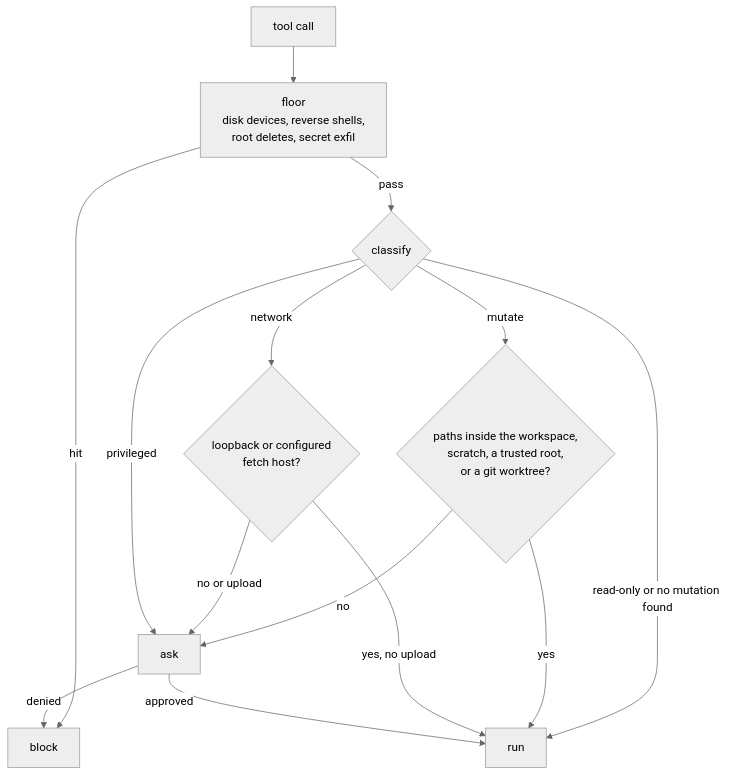
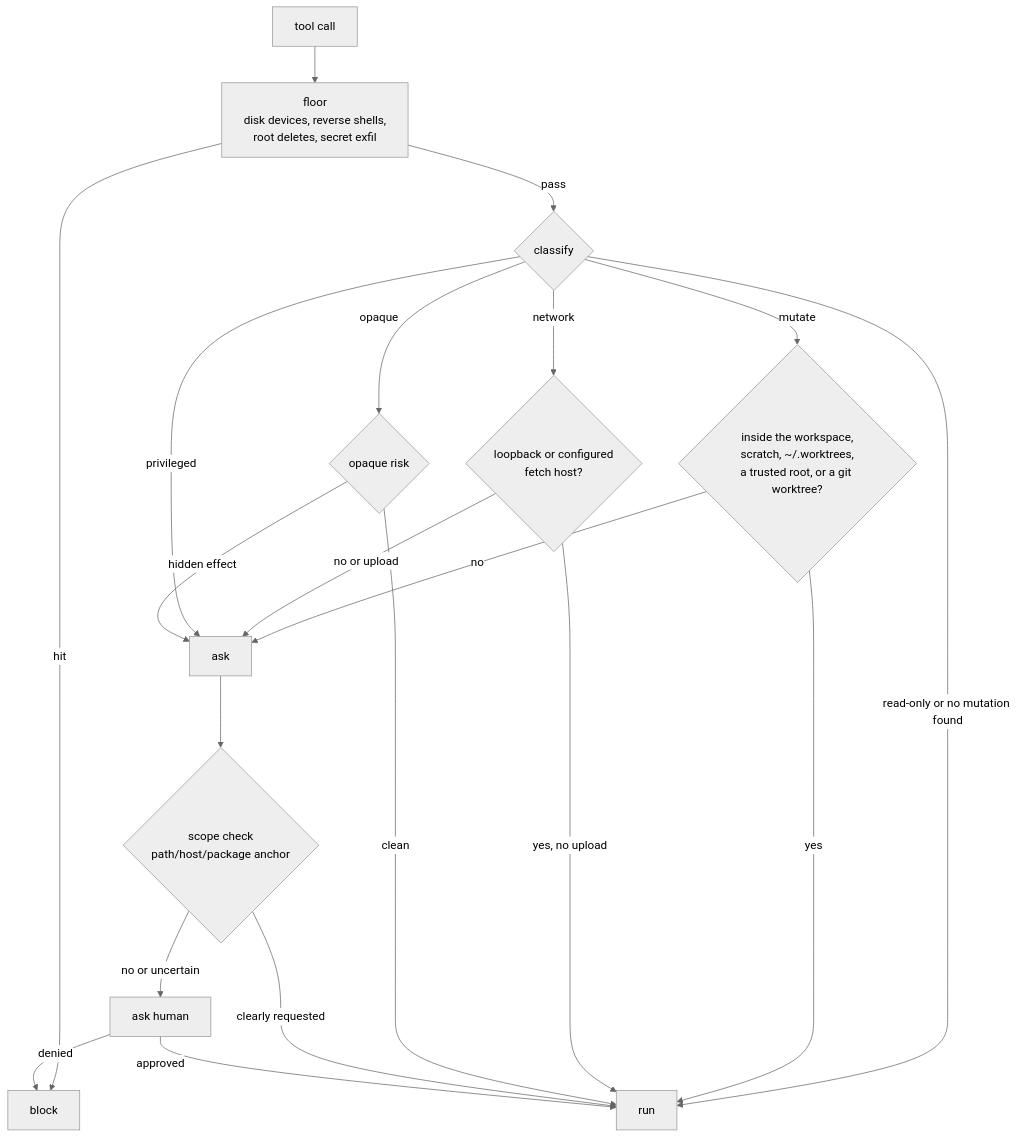
One commit to dylanhhu/pi-goodies changed the diagram in extensions/command-guard/README.md. Above: the diagram before and after it, drawn with Mermaid (neutral theme). The commit also changed other lines of this file and 12 other files, not shown here.

First line of the commit message:
command-guard: add the optional risk and scope classifier

````diff
--- a/extensions/command-guard/README.md
+++ b/extensions/command-guard/README.md
@@ -5,16 +5,22 @@
 ```mermaid
 flowchart TD
     A["tool call"] --> B["floor<br/>disk devices, reverse shells,<br/>root deletes, secret exfil"]
     B -->|hit| BLOCK["block"]
     B -->|pass| C{"classify"}
     C -->|read-only or no mutation found| RUN["run"]
-    C -->|mutate| D{"paths inside the workspace,<br/>scratch, a trusted root,<br/>or a git worktree?"}
+    C -->|mutate| D{"inside the workspace,<br/>scratch, ~/.worktrees,<br/>a trusted root, or a git worktree?"}
     D -->|yes| RUN
     D -->|no| ASK["ask"]
     C -->|network| E{"loopback or configured<br/>fetch host?"}
     E -->|yes, no upload| RUN
     E -->|no or upload| ASK
     C -->|privileged| ASK
-    ASK -->|approved| RUN
-    ASK -->|denied| BLOCK
+    C -->|opaque| R{"opaque risk"}
+    R -->|hidden effect| ASK
+    R -->|clean| RUN
+    ASK --> S{"scope check<br/>path/host/package anchor"}
+    S -->|clearly requested| RUN
+    S -->|no or uncertain| HUMAN["ask human"]
+    HUMAN -->|approved| RUN
+    HUMAN -->|denied| BLOCK
 ```
````
